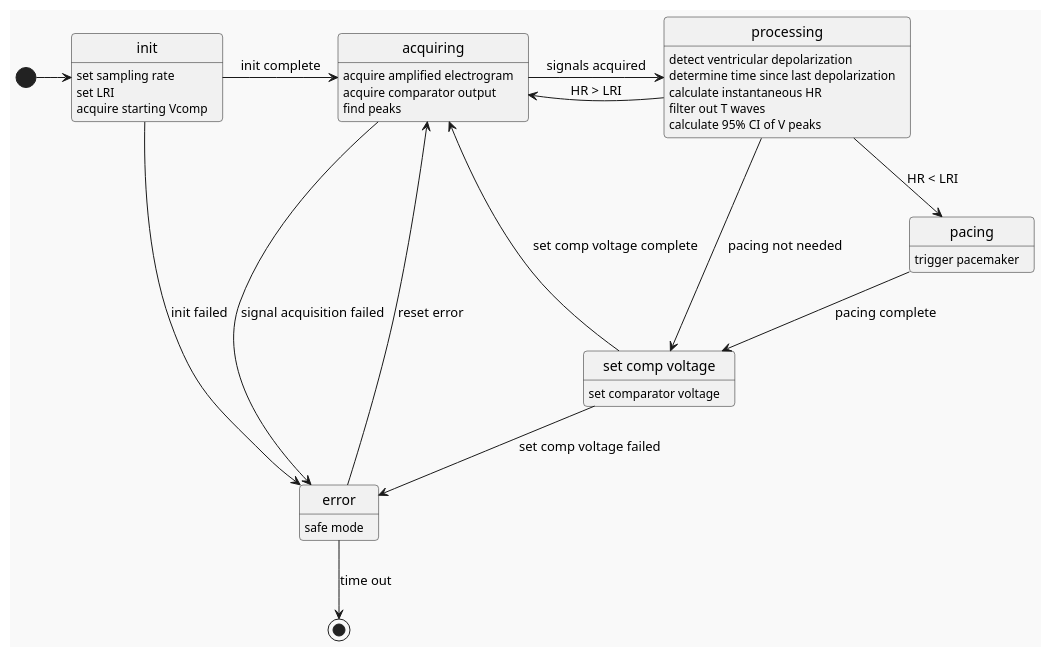
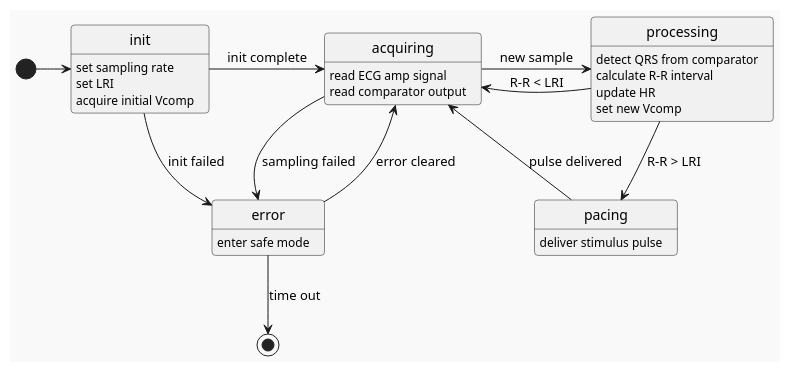
One commit to jamesmu03/frog-pacemaker changed the diagram in flow_chart_new_new.puml. Above: the diagram before and after it, drawn with PlantUML.

Commit message:
Update PlantUML diagram for final version

```diff
--- a/flow_chart_new_new.puml
+++ b/flow_chart_new_new.puml
@@ -4,52 +4,46 @@
 @startuml
-
 !theme mars
 
 [*] -> init
 
 state init {
     init: set sampling rate
     init: set LRI
-    init: acquire starting Vcomp
+    init: acquire initial Vcomp
 }
 
 state acquiring {
-    acquiring: acquire amplified electrogram
-    acquiring: acquire comparator output
-    acquiring: find peaks
+    acquiring: read ECG amp signal
+    acquiring: read comparator output
 }
 
 state processing {
-    processing: detect ventricular depolarization
-    processing: determine time since last depolarization
-    processing: calculate instantaneous HR
-    processing: filter out T waves
-    processing: calculate 95% CI of V peaks
+    processing: detect QRS from comparator
+    processing: calculate R-R interval
+    processing: update HR
+    processing: set new Vcomp
 }
 
 state pacing {
-    pacing: trigger pacemaker
-}
-
-state set_comp_voltage as "set comp voltage" {
-    set_comp_voltage: set comparator voltage
+    pacing: deliver stimulus pulse
 }
 
 state error {
-    error: safe mode
+    error: enter safe mode
 }
 
 init -> acquiring : init complete
 init -d-> error : init failed
-acquiring -> processing : signals acquired
-processing --> pacing : HR < LRI
-processing -> acquiring : HR > LRI
-processing -> set_comp_voltage : pacing not needed
-pacing --> set_comp_voltage : pacing complete
-set_comp_voltage -> acquiring : set comp voltage complete
-set_comp_voltage -d-> error : set comp voltage failed
-acquiring -d-> error : signal acquisition failed
-error -> acquiring : reset error
+
+acquiring -> processing : new sample
+acquiring -d-> error : sampling failed
+
+processing -> acquiring : R-R < LRI
+processing --> pacing : R-R > LRI
+
+pacing -> acquiring : pulse delivered
+
+error -> acquiring : error cleared
 error -d-> [*] : time out
 
 @enduml
```
